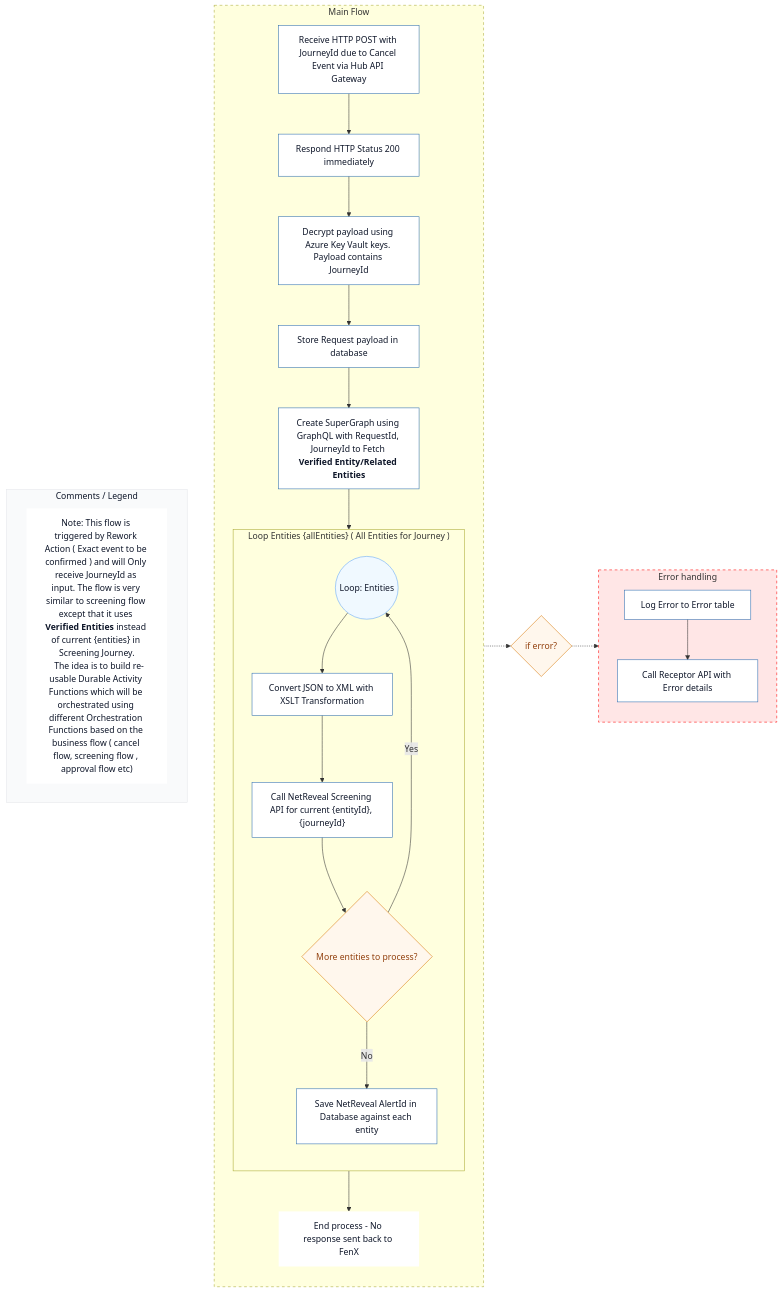
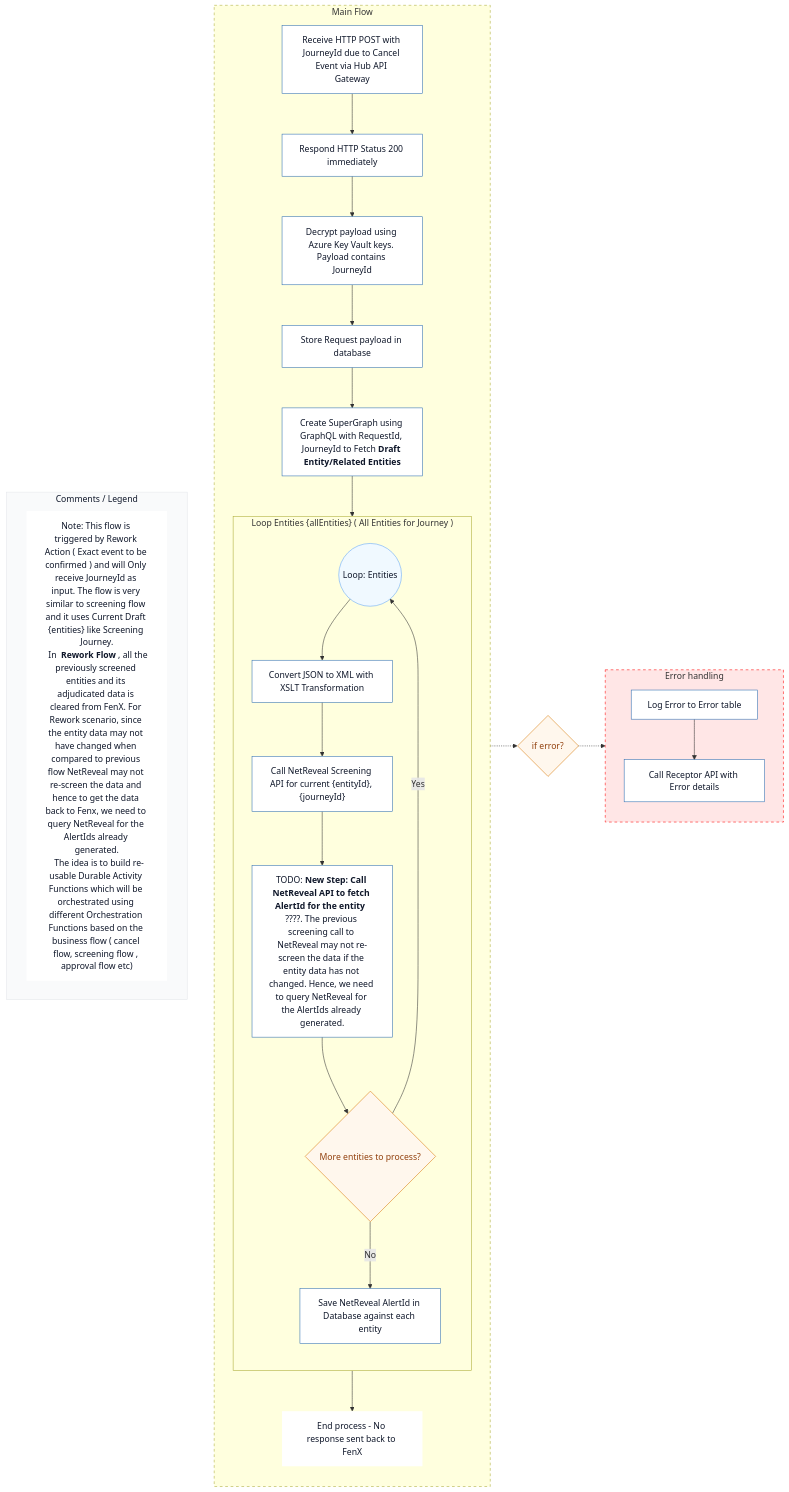
One commit to jojokoshy/Architecture_Diagrams_Python_AI changed the diagram in Arch_Diagrams/v2/reworkflow.mmd. Above: the diagram before and after it, drawn with Mermaid. The commit also changed 1 other file, not shown here.

Commit message:
Update reworkflow and screening flow diagrams: enhance notes for clarity, modify variable names for consistency, and improve error handling descriptions

```diff
--- a/Arch_Diagrams/v2/reworkflow.mmd
+++ b/Arch_Diagrams/v2/reworkflow.mmd
@@ -1,54 +1,56 @@
 %%{init: {"theme":"default","themeVariables": {"background":"#ffffff","fontSize":"14"}}}%%
 flowchart LR
 
 subgraph Comments [Comments / Legend]
   direction LR
   style Comments fill:#f9fafb,stroke:#e5e7eb,color:#0f172a,stroke-width:1px;
-  note1["Note: This flow is triggered by Rework Action ( Exact event to be confirmed ) and will Only receive JourneyId as input. The flow is very similar to screening flow except that it uses <b>Verified Entities</b> instead of current {entities} in Screening Journey.
+  note1["Note: This flow is triggered by Rework Action ( Exact event to be confirmed ) and will Only receive JourneyId as input. The flow is very similar to screening flow and it uses Current Draft {entities} like Screening Journey.
+  In <b> Rework Flow</b> , all the previously screened entities and its adjudicated data is cleared from FenX. For Rework scenario, since the entity data may not have changed when compared to previous flow NetReveal may not re-screen the data and hence to get the data back to Fenx, we need to query NetReveal for the AlertIds already generated.
   The idea is to build re-usable Durable Activity Functions which will be orchestrated using different Orchestration Functions based on the business flow ( cancel flow, screening flow , approval flow etc)"]:::footer
 end
 
 %% Shared styles (matching AlertsFlow)
 classDef step fill:#ffffff,stroke:#2b6cb0,color:#0f172a,stroke-width:1px;
 classDef decision fill:#fff7ed,stroke:#d97706,color:#92400e,stroke-width:1px;
 classDef loop fill:#f0f9ff,stroke:#60a5fa,color:#0f172a,stroke-width:1px;
 classDef footer fill:#ffffff,stroke:none,color:#0f172a;
 subgraph MainFlow [Main Flow]
    direction TB
   A["Receive HTTP POST with JourneyId due to Cancel Event via Hub API Gateway"]:::step --> B["Respond HTTP Status 200 immediately"]:::step
   B --> C["Decrypt payload using Azure Key Vault keys. Payload contains JourneyId"]:::step
   C --> D["Store Request payload in database"]:::step
-  D --> E["Create SuperGraph using GraphQL with RequestId, JourneyId to Fetch <b>Verified Entity/Related Entities</b>"]:::step
+  D --> E["Create SuperGraph using GraphQL with RequestId, JourneyId to Fetch <b>Draft Entity/Related Entities</b>"]:::step
   E --> LoopStart(("Loop: Entities")):::loop
 
   subgraph EntitiesLoop ["Loop  Entities {allEntities}  ( All Entities for Journey  )"]
     direction TB
     LoopStart --> XMLConvert["Convert JSON to XML with XSLT Transformation"]:::step
     XMLConvert --> N["Call NetReveal Screening API for current {entityId}, {journeyId}"]:::step
-    N --> Q{"More entities to process?"}:::decision
+    N --> NewStep["TODO: <b>New Step: Call NetReveal API to fetch AlertId for the entity </b> ????. The previous screening call to NetReveal may not re-screen the data if the entity data has not changed. Hence, we need to query NetReveal for the AlertIds already generated."]:::step
+    NewStep --> Q{"More entities to process?"}:::decision
     Q -- Yes --> LoopStart
     Q -- No --> O["Save NetReveal AlertId in Database against each entity"]:::step
   end
 
   O --> P["End process - No response sent back to FenX"]:::footer
 end
 
 style MainFlow stroke-dasharray: 5 5
 
 %% Decision between main and error blocks
 IfError{"if error?"}:::decision
 
 %% Error handling block to the right
 subgraph ErrorHandler [Error handling]
   direction TB
   EH1["Log Error to Error table"]:::step
   EH2["Call Receptor API with Error details"]:::step
   EH1 --> EH2
 end
 
 style ErrorHandler fill:#ffe6e6,stroke:#ff0000,stroke-dasharray: 5 5
 
 %% Connections: only between blocks (not individual nodes)
 Comments ~~~MainFlow
 MainFlow -.-> IfError
 IfError -.-> ErrorHandler
```
